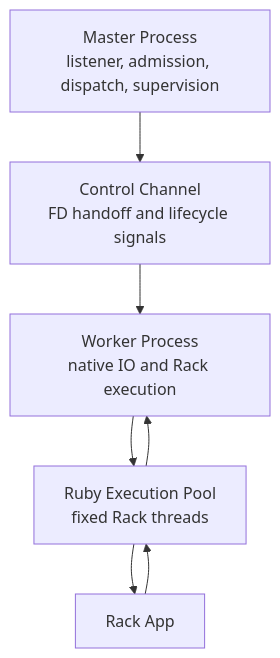
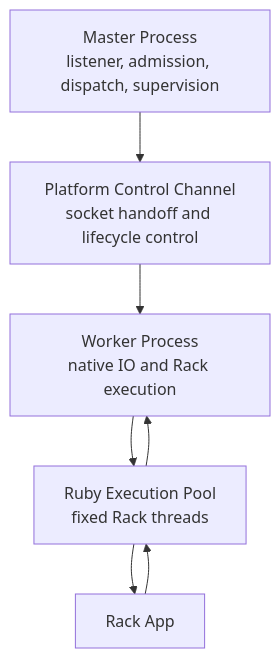
The diagram in docs/pages/04-architecture/02-runtime-model.md (Code-Vedas/vajra), drawn with Mermaid before and after one commit. The commit also changed other lines of this file and 129 other files, not shown here.

````diff
--- a/docs/pages/04-architecture/02-runtime-model.md
+++ b/docs/pages/04-architecture/02-runtime-model.md
@@ -12,15 +12,15 @@
 ```mermaid
 flowchart TD
   master["Master Process<br/>listener, admission, dispatch, supervision"]
-  control["Control Channel<br/>FD handoff and lifecycle signals"]
+  control["Platform Control Channel<br/>socket handoff and lifecycle control"]
   worker["Worker Process<br/>native IO and Rack execution"]
   pool["Ruby Execution Pool<br/>fixed Rack threads"]
   app["Rack App"]
 
   master --> control
   control --> worker
   worker --> pool
   pool --> app
   app --> pool
   pool --> worker
 ```
````
